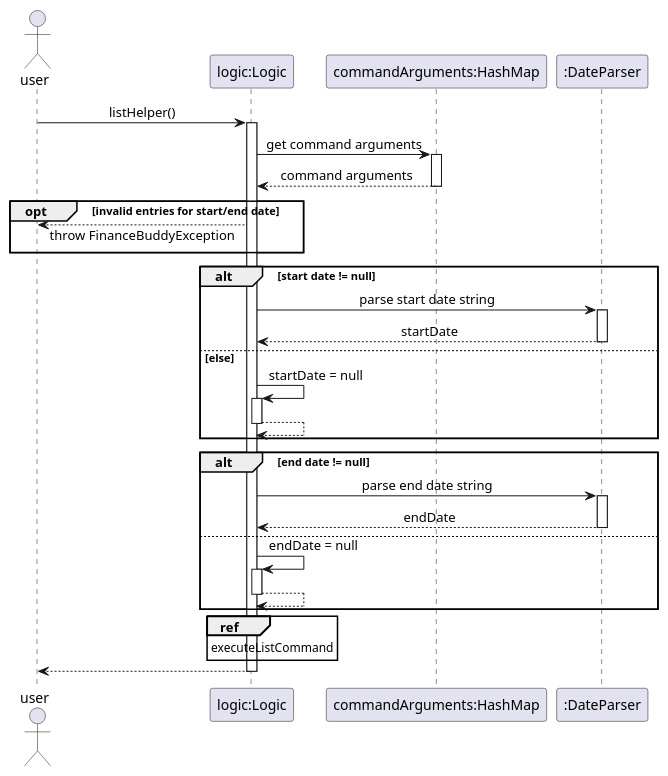
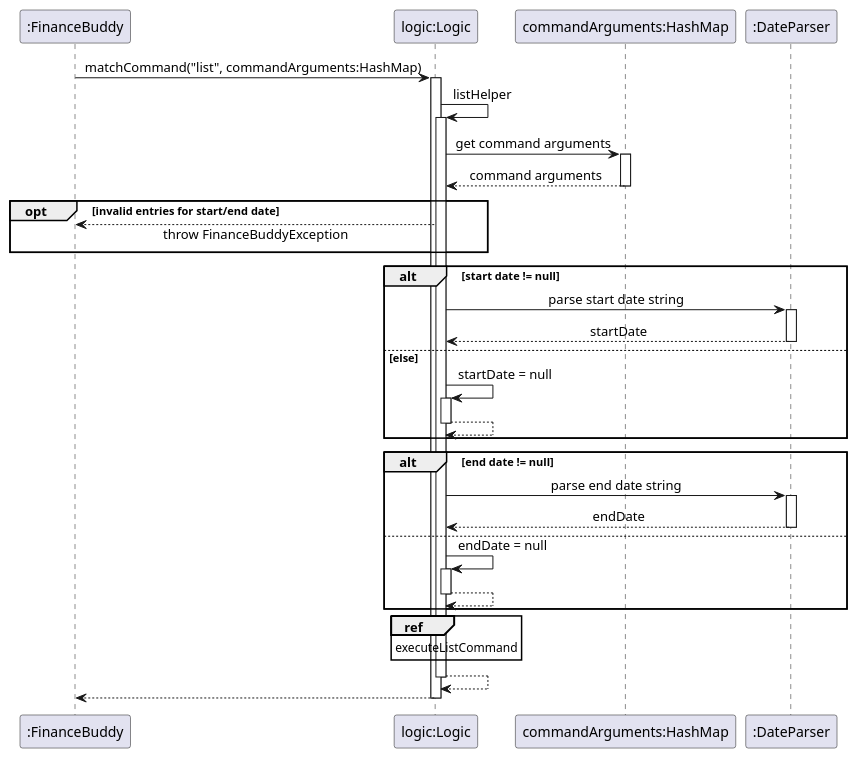
Before and after one commit to nus-cs2113-AY2425S1/tp: the first of 2 diagrams in docs/UML/SeeAllEntriesOverview.puml, drawn with PlantUML. The commit also changed 5 other files, not shown here.

Commit message:
Update sequence diagrams for List command

```diff
--- a/docs/UML/SeeAllEntriesOverview.puml
+++ b/docs/UML/SeeAllEntriesOverview.puml
@@ -1,45 +1,47 @@
 @startuml
 skinparam sequenceMessageAlign center
 skinparam responseMessageBelowArrow true
 
-actor user
+participant ":FinanceBuddy" as fb
 participant "logic:Logic" as app
 participant "commandArguments:HashMap" as map
 participant ":DateParser" as parser
 
-user -> app: listHelper()
+fb -> app: matchCommand("list", commandArguments:HashMap)
+activate app
+app -> app: listHelper
 activate app
 ' Get values from HashMap
 app -> map : get command arguments
 activate map
 return command arguments
 
 ' Check for blank dates
 opt invalid entries for start/end date
-    user <-- app : throw FinanceBuddyException
+     fb <-- app : throw FinanceBuddyException
 end
 
 ' Parse dates
 alt start date != null
     app -> parser : parse start date string
     activate parser
     return startDate
     else else
         app -> app : startDate = null
         activate app
         return
 end
 
 alt end date != null
     app -> parser : parse end date string
     activate parser
     return endDate
     else
         app -> app : endDate = null
         activate app
         return
 end
 ref over app : executeListCommand
-
+return
 return
 @enduml
```
